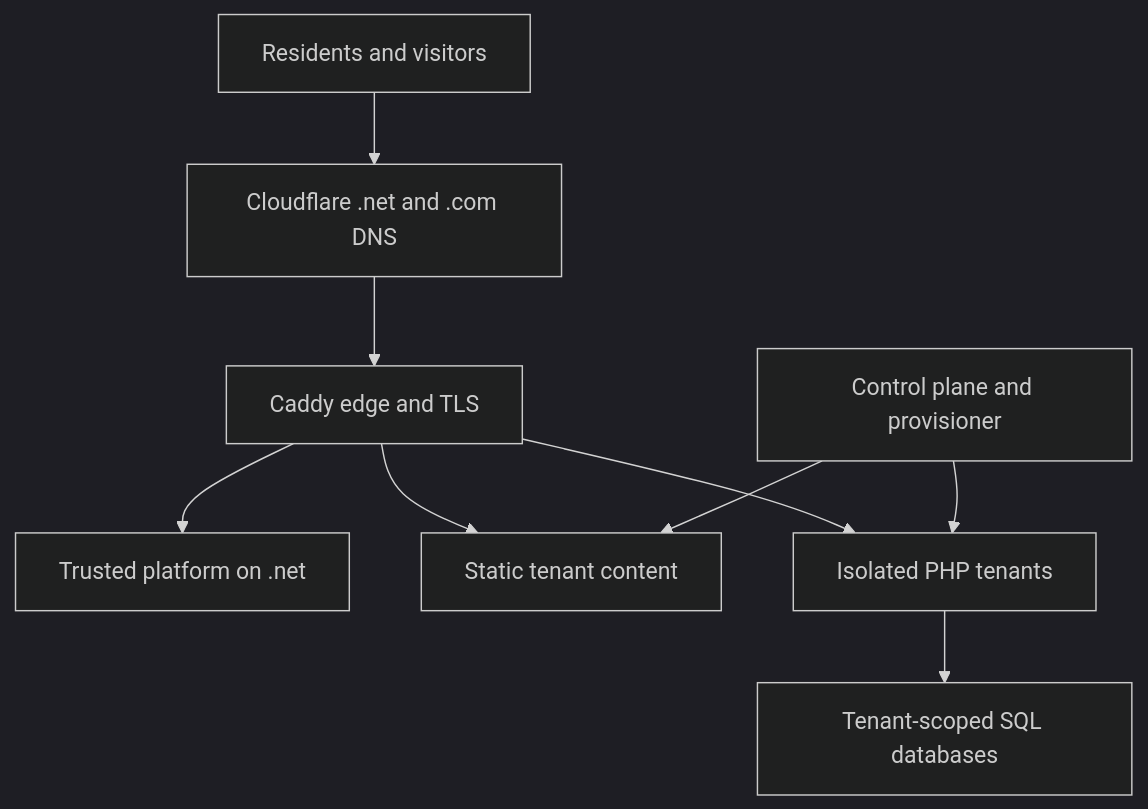
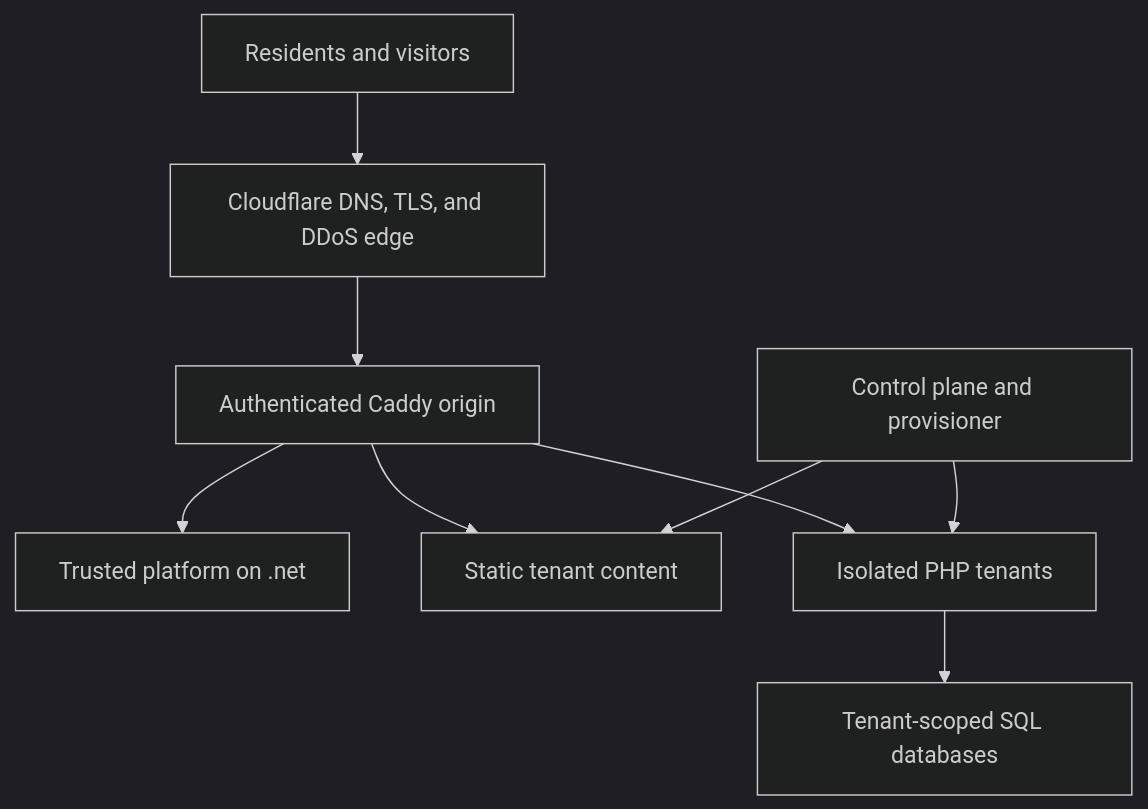
The first of 2 diagrams in docs/architecture.md (lowerduckpond-net/lowerduckpond.net), drawn with Mermaid (dark theme) before and after one commit. The commit also changed other lines of this file and 14 other files, not shown here.

First line of the commit message:
docs: adopt Cloudflare as the public web edge (#14)

````diff
--- a/docs/architecture.md
+++ b/docs/architecture.md
@@ -67,11 +69,11 @@
 ```mermaid
 flowchart TD
-    Internet["Residents and visitors"] --> CF["Cloudflare .net and .com DNS"]
-    CF --> Caddy["Caddy edge and TLS"]
+    Internet["Residents and visitors"] --> CF["Cloudflare DNS, TLS, and DDoS edge"]
+    CF --> Caddy["Authenticated Caddy origin"]
     Caddy --> Platform["Trusted platform on .net"]
     Caddy --> Static["Static tenant content"]
     Caddy --> PHP["Isolated PHP tenants"]
     Control["Control plane and provisioner"] --> Static
     Control --> PHP
     PHP --> DB["Tenant-scoped SQL databases"]
 ```
````
